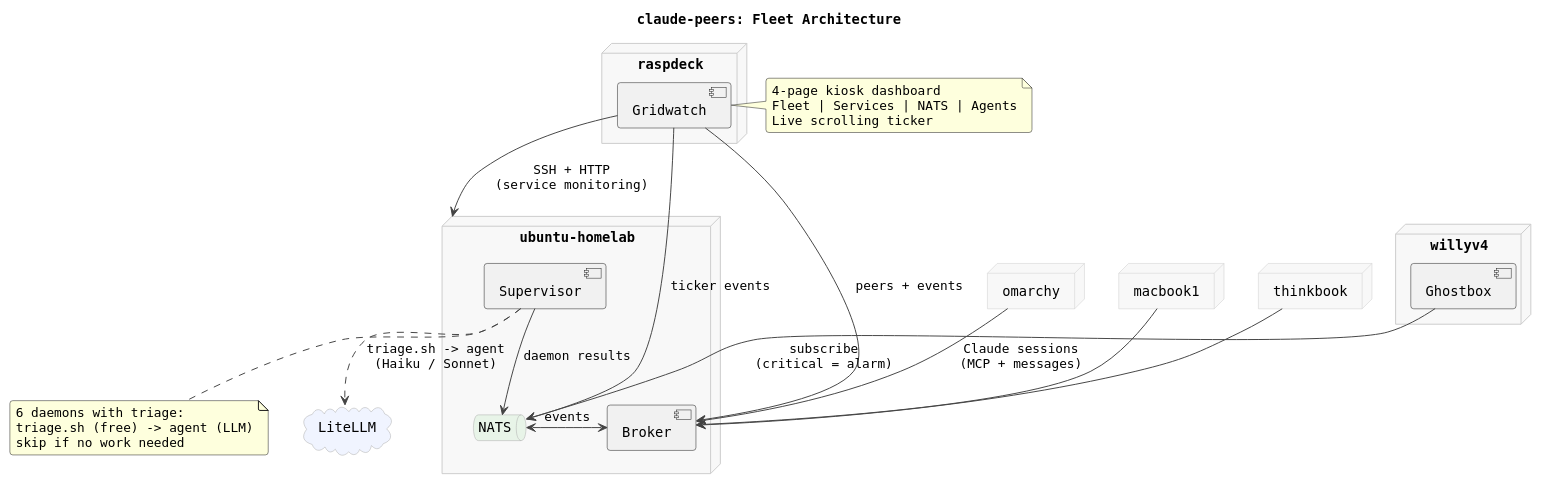
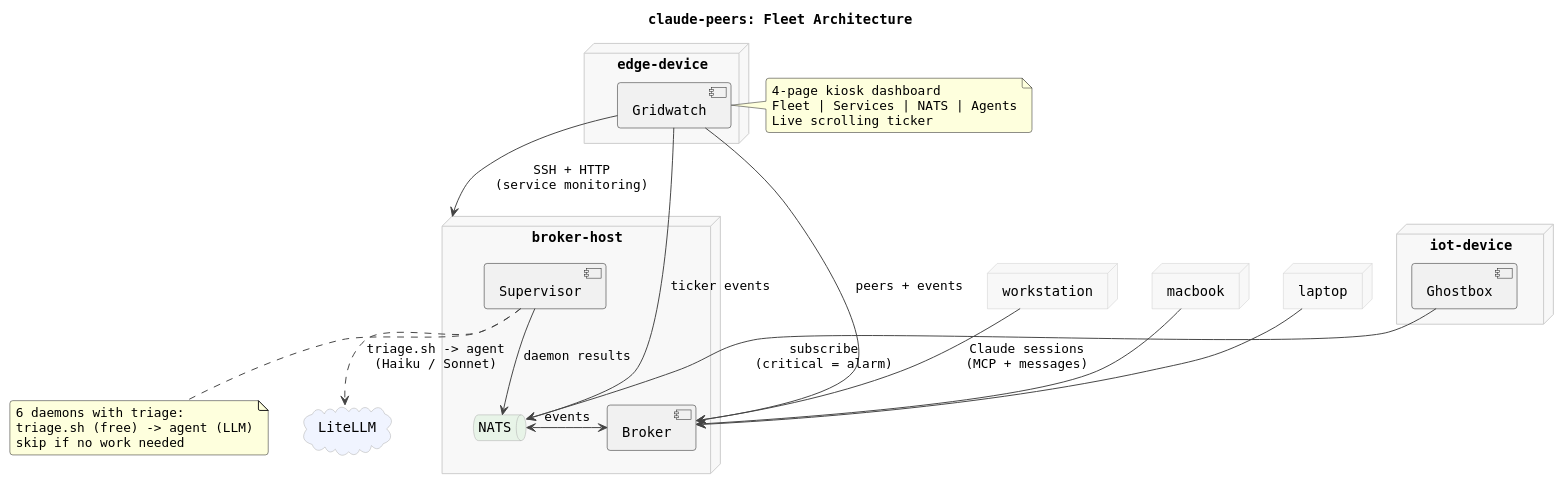
One commit to Human-Frontier-Labs-Inc/sontara-lattice changed the diagram in assets/architecture.puml. Above: the diagram before and after it, drawn with PlantUML. The commit also changed 8 other files, not shown here.

First line of the commit message:
Clean diagrams: generic fleet names, remove PII PNGs

```diff
--- a/assets/architecture.puml
+++ b/assets/architecture.puml
@@ -1,64 +1,64 @@
 @startuml architecture
 skinparam backgroundColor white
 skinparam defaultFontName monospaced
 skinparam shadowing false
 skinparam roundCorner 6
 skinparam ArrowColor #444
 skinparam NodeBackgroundColor #f8f8f8
 skinparam NodeBorderColor #ccc
 skinparam QueueBackgroundColor #e8f4e8
 skinparam QueueBorderColor #aaa
 skinparam CloudBackgroundColor #f0f4ff
 skinparam CloudBorderColor #aaa
 
 title claude-peers: Fleet Architecture
 
 together {
-  node "omarchy" as om
-  node "macbook1" as mb
-  node "thinkbook" as tb
+  node "workstation" as om
+  node "macbook" as mb
+  node "laptop" as tb
 }
 
-node "ubuntu-homelab" as homelab {
+node "broker-host" as homelab {
   [Broker] as broker
   queue "NATS" as nats
   [Supervisor] as super
 }
 
 cloud "LiteLLM" as llm
 
-node "raspdeck" as rp {
+node "edge-device" as rp {
   [Gridwatch] as gw
 }
 
-node "willyv4" as v4 {
+node "iot-device" as v4 {
   [Ghostbox] as ghost
 }
 
 om --> broker : Claude sessions\n(MCP + messages)
 mb --> broker
 tb --> broker
 
 broker <-> nats : events
 
 super --> nats : daemon results
 super ..> llm : triage.sh -> agent\n(Haiku / Sonnet)
 
 gw --> broker : peers + events
 gw --> nats : ticker events
 gw --> homelab : SSH + HTTP\n(service monitoring)
 
 ghost --> nats : subscribe\n(critical = alarm)
 
 note bottom of super
   6 daemons with triage:
   triage.sh (free) -> agent (LLM)
   skip if no work needed
 end note
 
 note right of gw
   4-page kiosk dashboard
   Fleet | Services | NATS | Agents
   Live scrolling ticker
 end note
 @enduml
```
